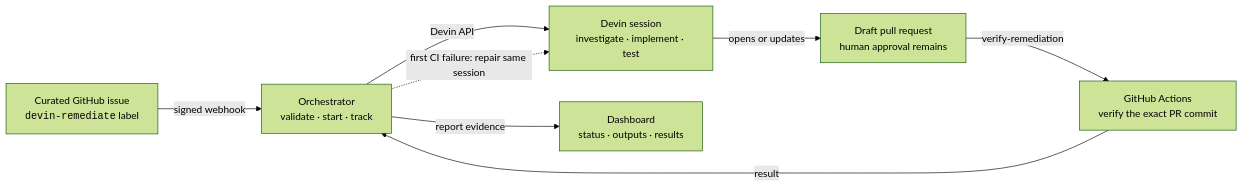
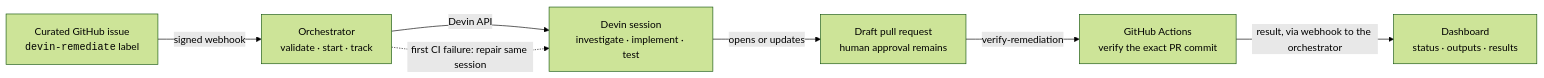
Before and after one commit to aman-sharma-nine/devin-remediation-orchestrator: the diagram in README.md, drawn with Mermaid (forest theme). The commit also changed other lines of this file, not shown here.

Commit message:
docs: fix Mermaid diagram overlap by removing cyclic edges

````diff
--- a/README.md
+++ b/README.md
@@ -11,17 +11,16 @@
 ```mermaid
 flowchart LR
     ISSUE["Curated GitHub issue<br/><code>devin-remediate</code> label"]
     ORCH["Orchestrator<br/>validate · start · track"]
     DEVIN["Devin session<br/>investigate · implement · test"]
     PR["Draft pull request<br/>human approval remains"]
     CI["GitHub Actions<br/>verify the exact PR commit"]
     DASH["Dashboard<br/>status · outputs · results"]
 
     ISSUE -->|signed webhook| ORCH
     ORCH -->|Devin API| DEVIN
     DEVIN -->|opens or updates| PR
     PR -->|verify-remediation| CI
-    CI -->|result| ORCH
-    ORCH -->|report evidence| DASH
+    CI -->|result, via webhook to the orchestrator| DASH
     ORCH -.->|first CI failure: repair same session| DEVIN
 ```
````
